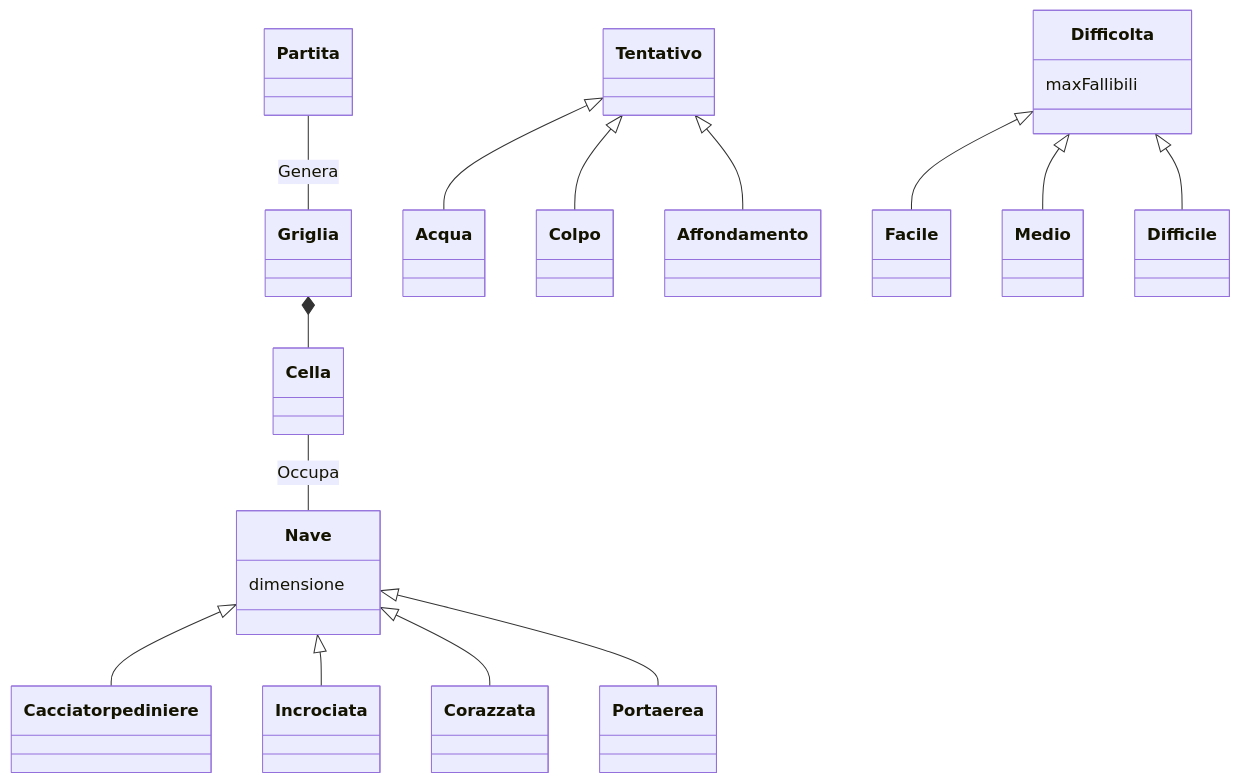
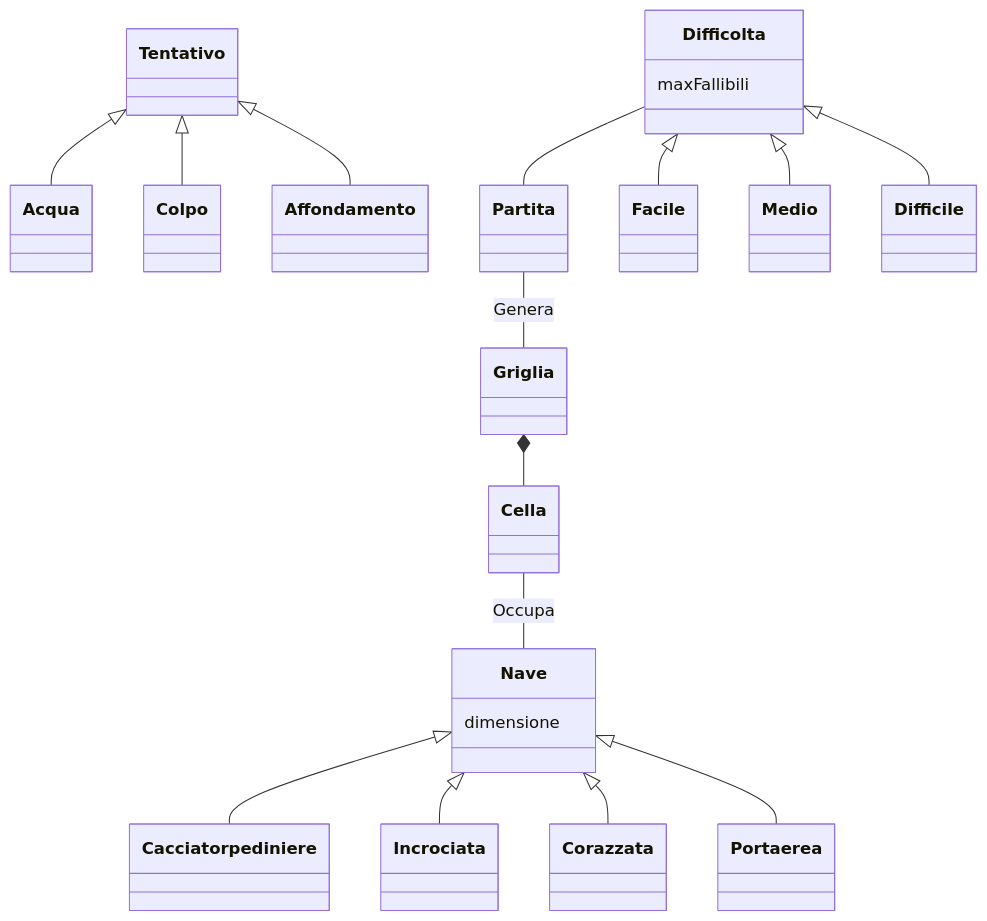
One commit to softeng2223-inf-uniba/progetto2223-thacker changed the diagram in docs/Report.md. Above: the diagram before and after it, drawn with Mermaid.

Commit message:
Aggiunta associazione tra Difficoltà e Partita

````diff
--- a/docs/Report.md
+++ b/docs/Report.md
@@ -7,31 +7,32 @@
 ```mermaid
     
     classDiagram
         
         Partita -- Griglia : Genera
         Griglia *-- Cella
         Cella -- Nave : Occupa
 
         Nave <|-- Cacciatorpediniere
         Nave <|-- Incrociata
         Nave <|-- Corazzata
         Nave <|-- Portaerea
         
         Tentativo <|-- Acqua
         Tentativo <|-- Colpo
         Tentativo <|-- Affondamento
 
+        Difficolta -- Partita
         Difficolta <|-- Facile
         Difficolta <|-- Medio
         Difficolta <|-- Difficile
 
         class Nave{
             dimensione
         }
 
         class Difficolta{
             maxFallibili
         }
 
 
 ```
````
